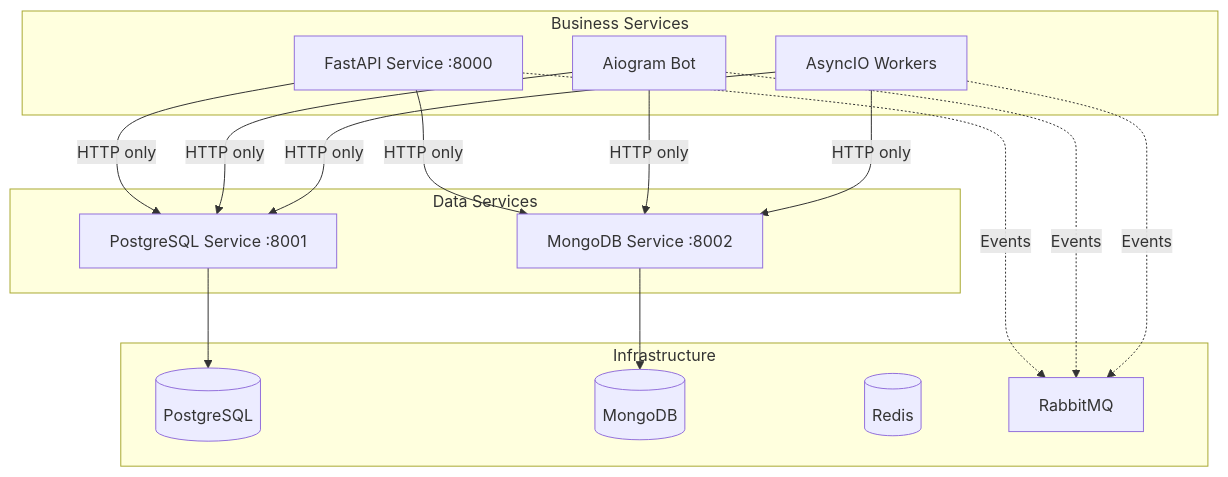
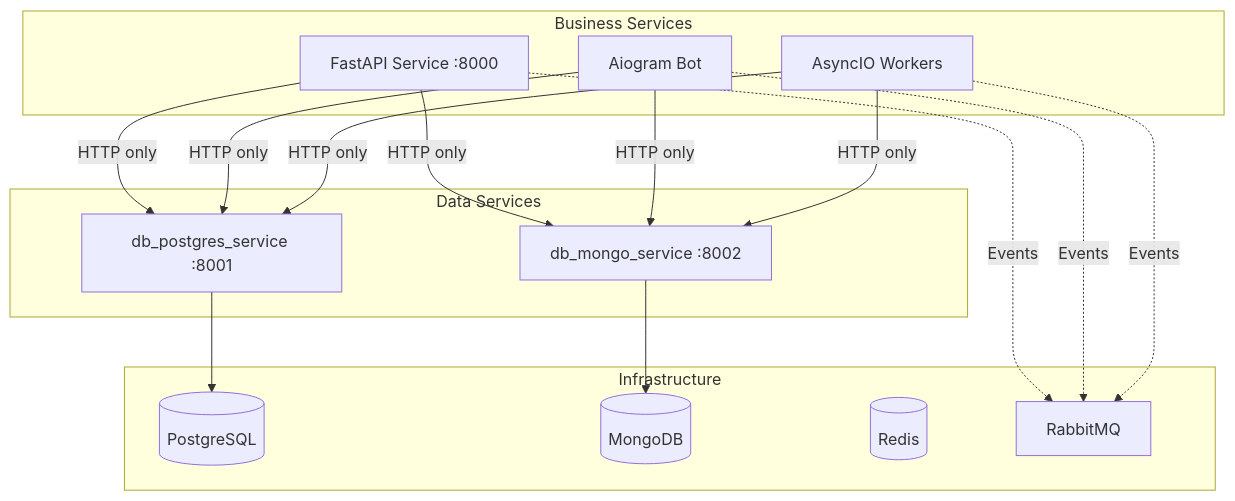
The diagram in docs/guides/ARCHITECTURE_GUIDE.md (bgs2509/doc4microservices), drawn with Mermaid before and after one commit. The commit also changed 1 other file, not shown here.

Commit message:
db_postgres_service, db_mongo_service

````diff
--- a/docs/guides/ARCHITECTURE_GUIDE.md
+++ b/docs/guides/ARCHITECTURE_GUIDE.md
@@ -32,34 +32,34 @@
 ```mermaid
 graph TB
     subgraph "Business Services"
         API[FastAPI Service :8000]
         BOT[Aiogram Bot]
         WORKER[AsyncIO Workers]
     end
 
     subgraph "Data Services"
-        PG[PostgreSQL Service :8001]
-        MONGO[MongoDB Service :8002]
+        PG[db_postgres_service :8001]
+        MONGO[db_mongo_service :8002]
     end
 
     subgraph "Infrastructure"
         POSTGRES[(PostgreSQL)]
         MONGODB[(MongoDB)]
         REDIS[(Redis)]
         RABBIT[RabbitMQ]
     end
 
     API -->|HTTP only| PG
     API -->|HTTP only| MONGO
     BOT -->|HTTP only| PG
     BOT -->|HTTP only| MONGO
     WORKER -->|HTTP only| PG
     WORKER -->|HTTP only| MONGO
 
     PG --> POSTGRES
     MONGO --> MONGODB
 
     API -.->|Events| RABBIT
     BOT -.->|Events| RABBIT
     WORKER -.->|Events| RABBIT
 ```
````
